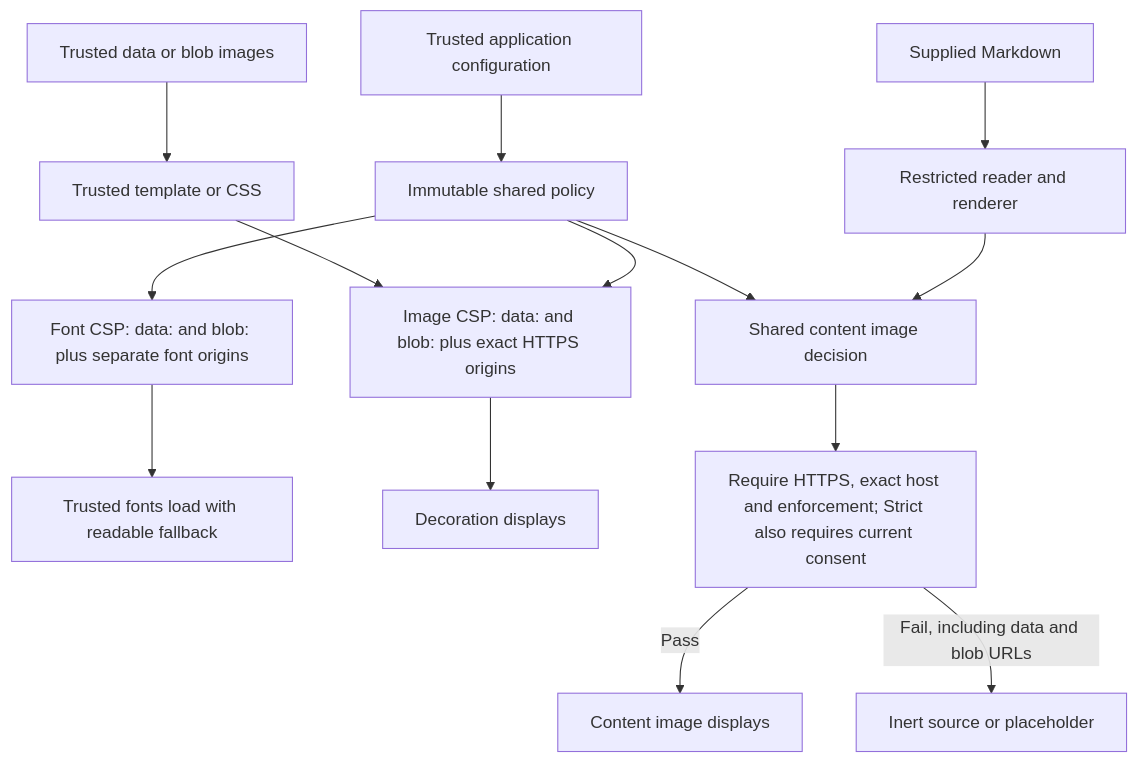
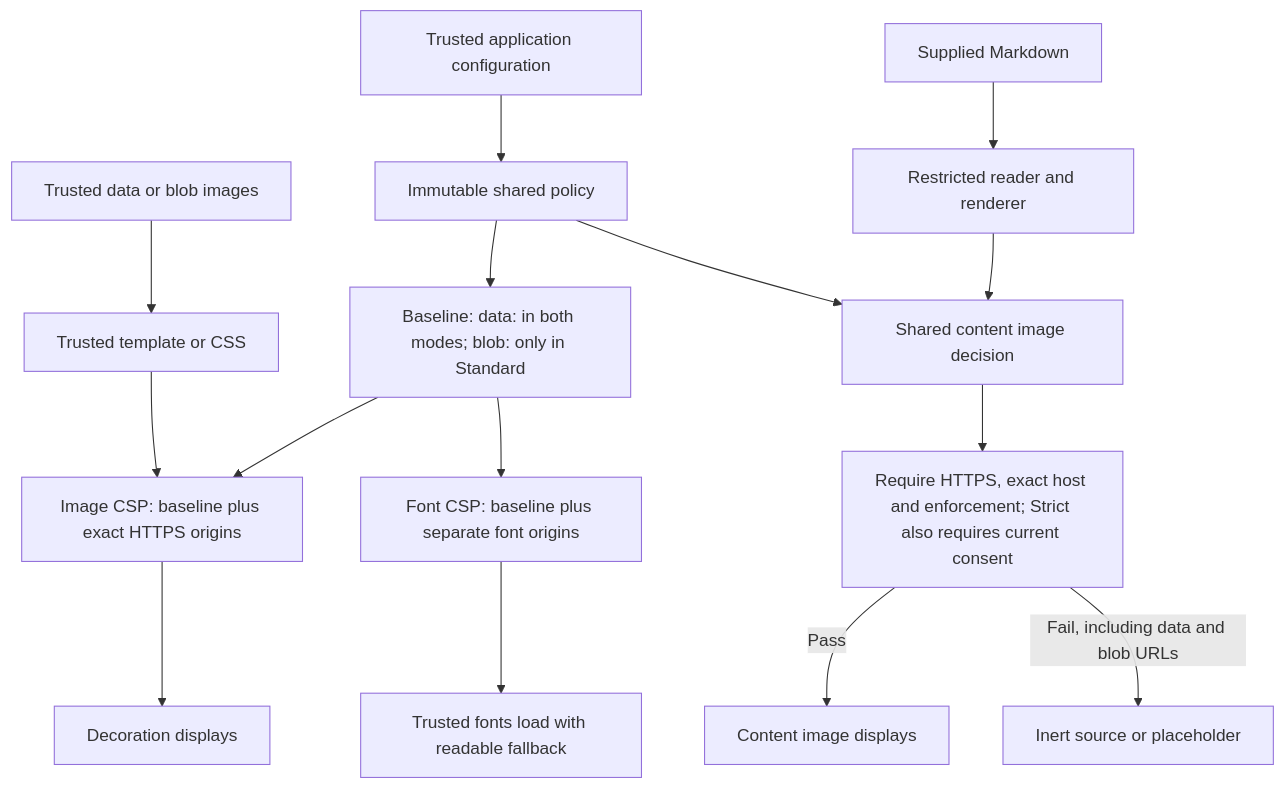
Before and after one commit to MachineWisdomAI/saga-a2ui: the diagram in diagrams/embedded-artwork-policy.mmd, drawn with Mermaid. The commit also changed 4 other files, not shown here.

Commit message:
docs: exclude blob image and font sources in Strict

```diff
--- a/diagrams/embedded-artwork-policy.mmd
+++ b/diagrams/embedded-artwork-policy.mmd
@@ -1,14 +1,15 @@
 graph TD
   A[Trusted application configuration] --> P[Immutable shared policy]
-  P --> C[Image CSP: data: and blob: plus exact HTTPS origins]
-  P --> F[Font CSP: data: and blob: plus separate font origins]
+  P --> S[Baseline: data: in both modes; blob: only in Standard]
+  S --> C[Image CSP: baseline plus exact HTTPS origins]
+  S --> F[Font CSP: baseline plus separate font origins]
   F --> W[Trusted fonts load with readable fallback]
   B[Trusted data or blob images] --> T[Trusted template or CSS]
   T --> C
   C --> D[Decoration displays]
   U[Supplied Markdown] --> R[Restricted reader and renderer]
   R --> I[Shared content image decision]
   P --> I
   I --> G[Require HTTPS, exact host and enforcement; Strict also requires current consent]
   G -->|Pass| V[Content image displays]
   G -->|Fail, including data and blob URLs| X[Inert source or placeholder]
```
